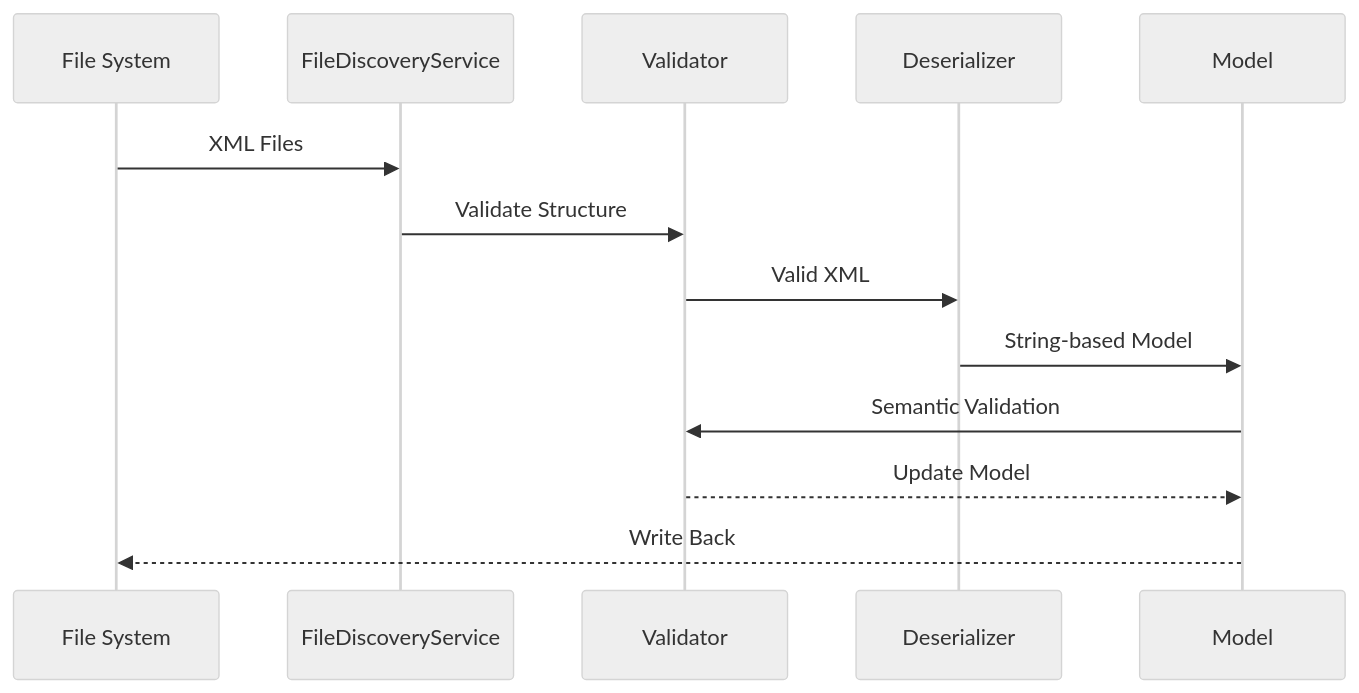
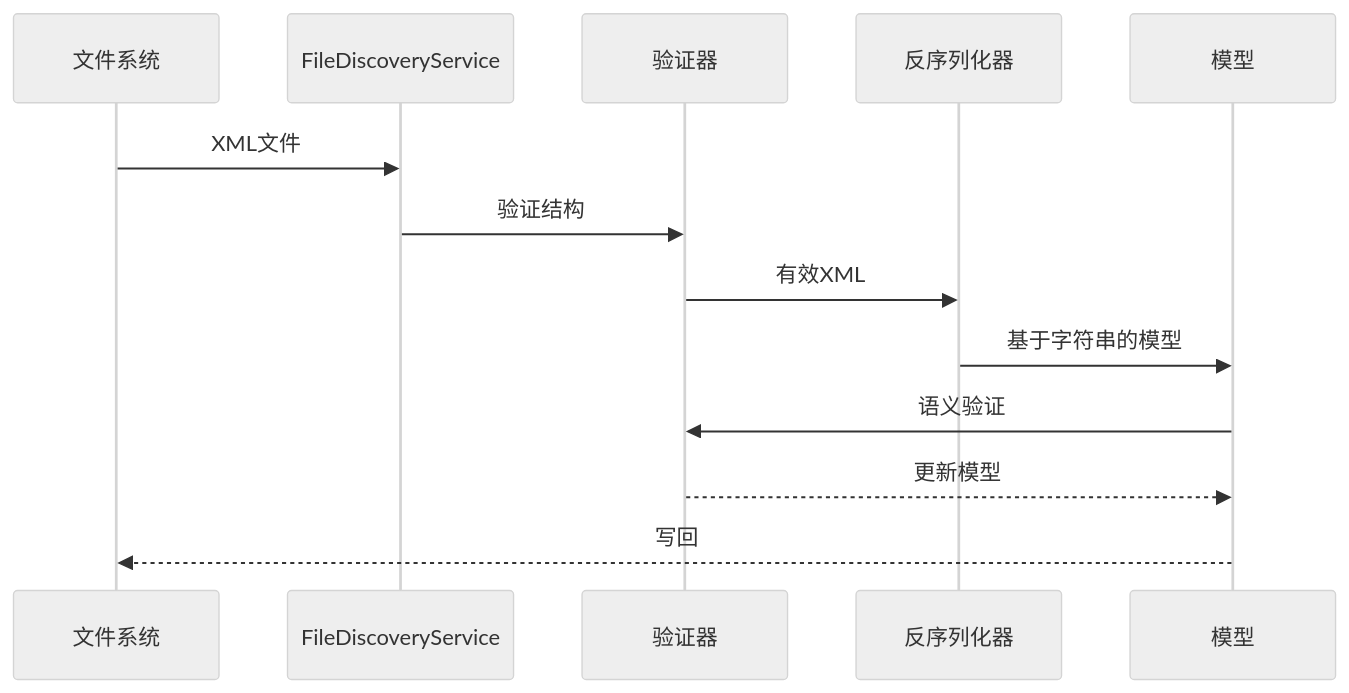
One commit to BannerlordModer/BannerlordModEditor changed the second of 3 diagrams in docs/reference/data-flow.md. Above: the diagram before and after it, drawn with Mermaid (neutral theme). The commit also changed other lines of this file and 3 other files, not shown here.

````diff
--- a/docs/reference/data-flow.md
+++ b/docs/reference/data-flow.md
@@ -54,16 +54,16 @@
 ```mermaid
 sequenceDiagram
-    participant FS as File System
+    participant FS as 文件系统
     participant FDS as FileDiscoveryService
-    participant VAL as Validator
-    participant DES as Deserializer
-    participant MOD as Model
+    participant VAL as 验证器
+    participant DES as 反序列化器
+    participant MOD as 模型
     
-    FS->>FDS: XML Files
-    FDS->>VAL: Validate Structure
-    VAL->>DES: Valid XML
-    DES->>MOD: String-based Model
-    MOD->>VAL: Semantic Validation
-    VAL-->>MOD: Update Model
-    MOD-->>FS: Write Back
+    FS->>FDS: XML文件
+    FDS->>VAL: 验证结构
+    VAL->>DES: 有效XML
+    DES->>MOD: 基于字符串的模型
+    MOD->>VAL: 语义验证
+    VAL-->>MOD: 更新模型
+    MOD-->>FS: 写回
 ```
````
